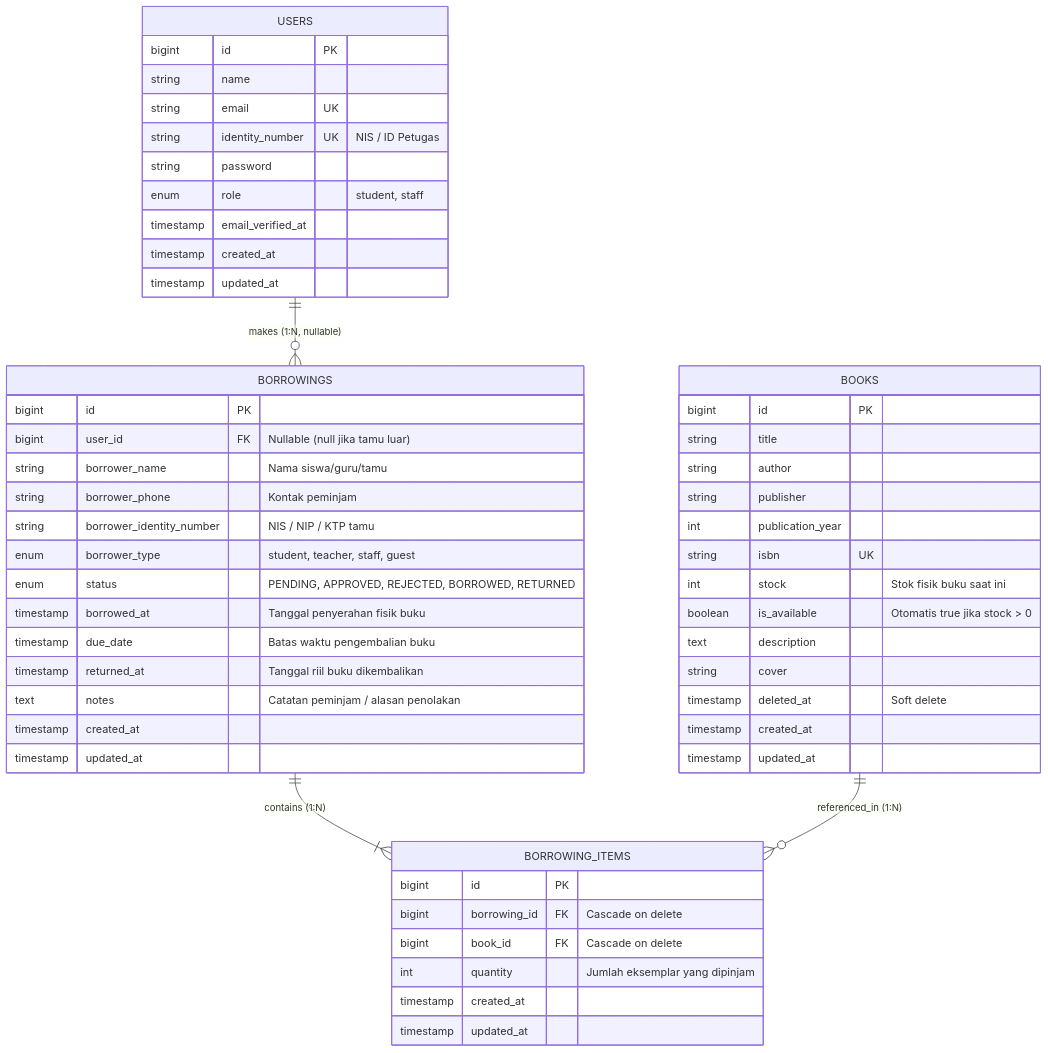
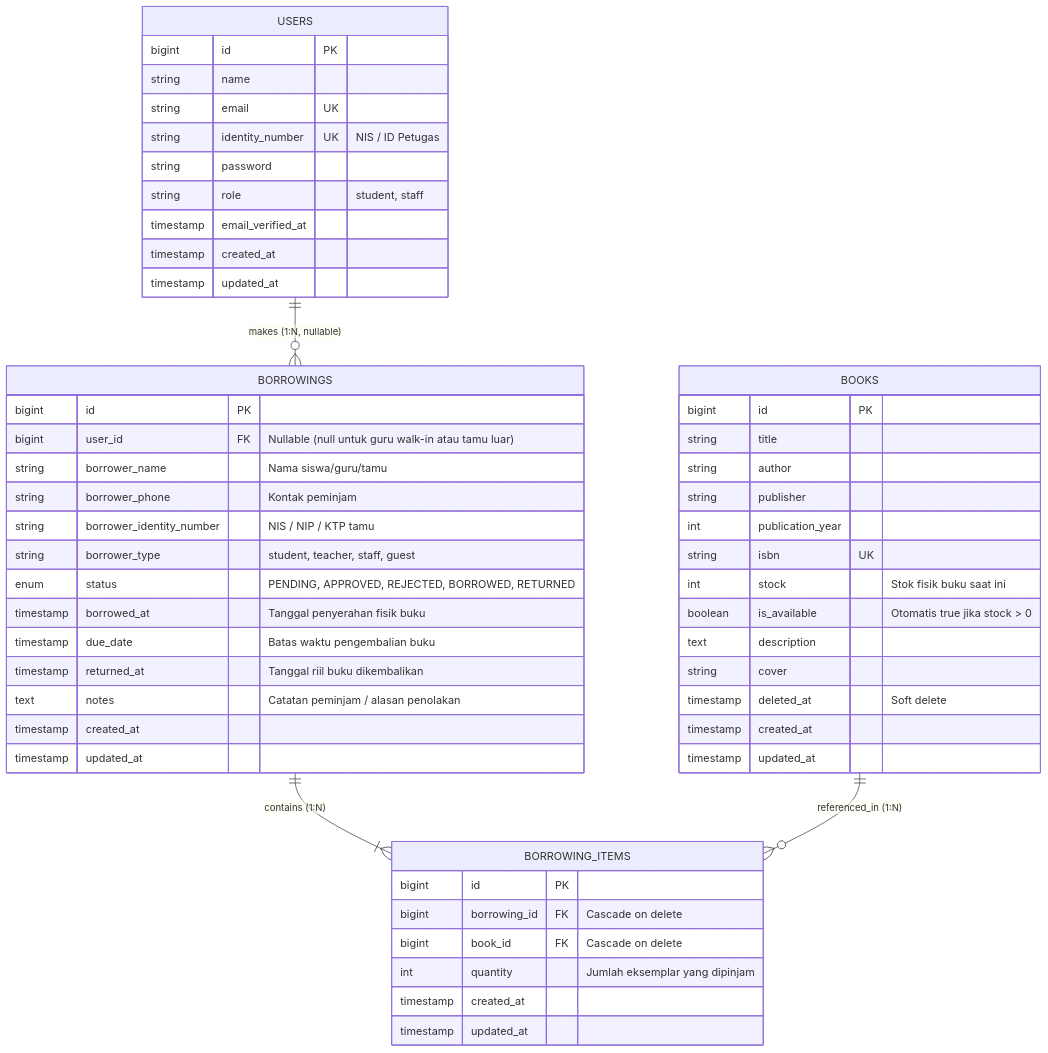
Before and after one commit to faridl29/sipus_api: the first of 4 diagrams in RANCANGAN_SISTEM_DAN_DATABASE.md, drawn with Mermaid. The commit also changed other lines of this file and 1 other file, not shown here.

Commit message:
feat: add support for staff borrowing limits and update system documentation

````diff
--- a/RANCANGAN_SISTEM_DAN_DATABASE.md
+++ b/RANCANGAN_SISTEM_DAN_DATABASE.md
@@ -14,59 +14,59 @@
 ```mermaid
 erDiagram
     USERS ||--o{ BORROWINGS : "makes (1:N, nullable)"
     BORROWINGS ||--|{ BORROWING_ITEMS : "contains (1:N)"
     BOOKS ||--o{ BORROWING_ITEMS : "referenced_in (1:N)"
 
     USERS {
         bigint id PK
         string name
         string email UK
         string identity_number UK "NIS / ID Petugas"
         string password
-        enum role "student, staff"
+        string role "student, staff"
         timestamp email_verified_at
         timestamp created_at
         timestamp updated_at
     }
 
     BOOKS {
         bigint id PK
         string title
         string author
         string publisher
         int publication_year
         string isbn UK
         int stock "Stok fisik buku saat ini"
         boolean is_available "Otomatis true jika stock > 0"
         text description
         string cover
         timestamp deleted_at "Soft delete"
         timestamp created_at
         timestamp updated_at
     }
 
     BORROWINGS {
         bigint id PK
-        bigint user_id FK "Nullable (null jika tamu luar)"
+        bigint user_id FK "Nullable (null untuk guru walk-in atau tamu luar)"
         string borrower_name "Nama siswa/guru/tamu"
         string borrower_phone "Kontak peminjam"
         string borrower_identity_number "NIS / NIP / KTP tamu"
-        enum borrower_type "student, teacher, staff, guest"
+        string borrower_type "student, teacher, staff, guest"
         enum status "PENDING, APPROVED, REJECTED, BORROWED, RETURNED"
         timestamp borrowed_at "Tanggal penyerahan fisik buku"
         timestamp due_date "Batas waktu pengembalian buku"
         timestamp returned_at "Tanggal riil buku dikembalikan"
         text notes "Catatan peminjam / alasan penolakan"
         timestamp created_at
         timestamp updated_at
     }
 
     BORROWING_ITEMS {
         bigint id PK
         bigint borrowing_id FK "Cascade on delete"
         bigint book_id FK "Cascade on delete"
         int quantity "Jumlah eksemplar yang dipinjam"
         timestamp created_at
         timestamp updated_at
     }
 ```
````
